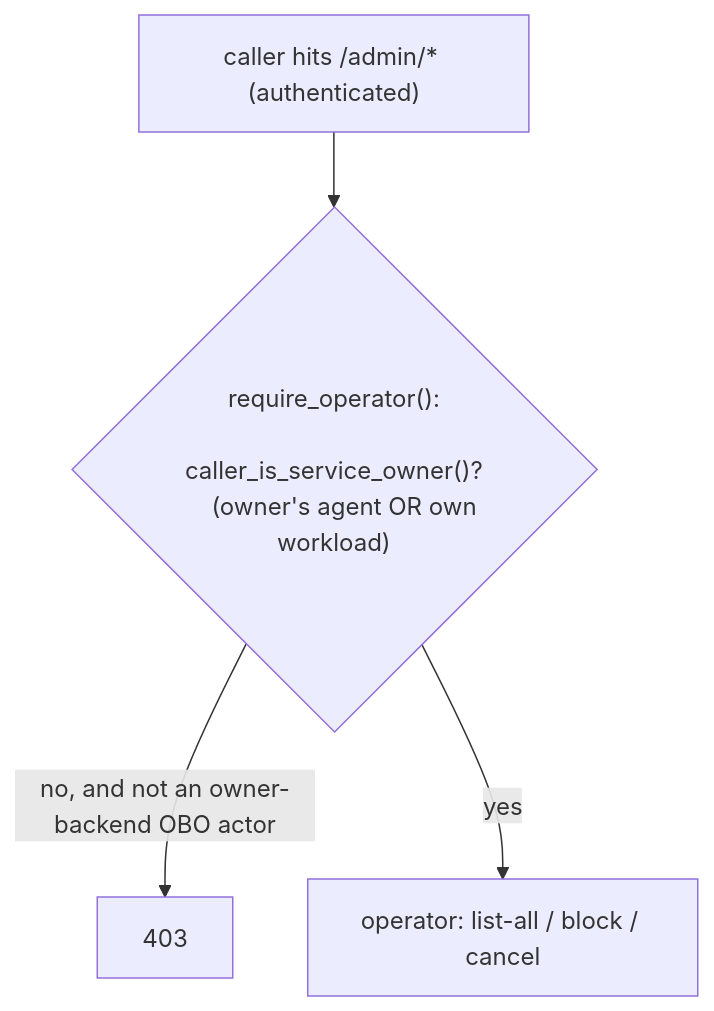
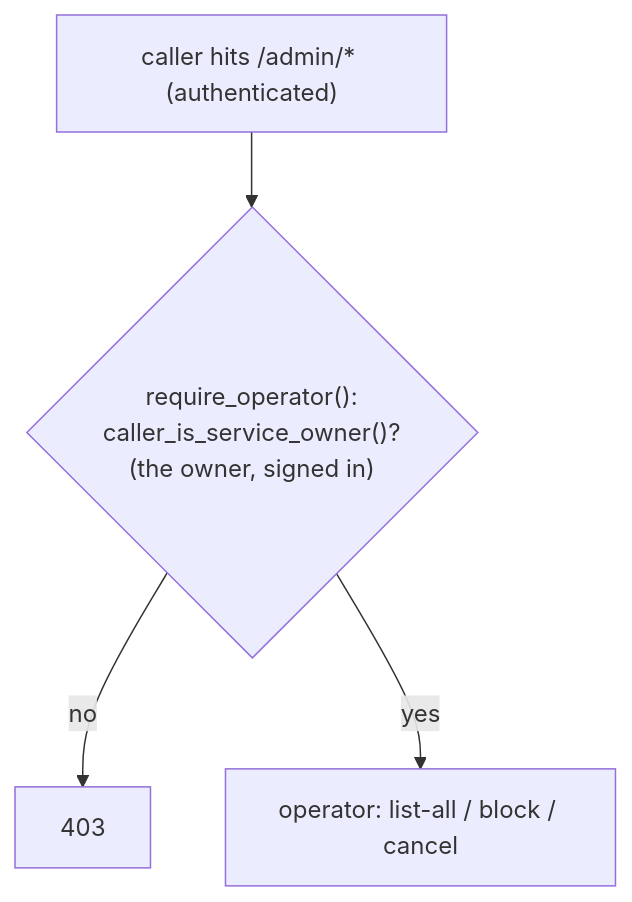
One commit to Boogy-ai/boogy-catalog changed the fifth of 5 diagrams in crates/catalog/resend-base/README.md. Above: the diagram before and after it, drawn with Mermaid. The commit also changed other lines of this file and 13 other files, not shown here.

````diff
--- a/crates/catalog/resend-base/README.md
+++ b/crates/catalog/resend-base/README.md
@@ -314,8 +316,8 @@
 ```mermaid
 flowchart TD
     C["caller hits /admin/* (authenticated)"] --> RO{"require_operator():
     caller_is_service_owner()?
-    (owner's agent OR own workload)"}
-    RO -->|no, and not an owner-backend OBO actor| D2["403"]
+    (the owner, signed in)"}
+    RO -->|no| D2["403"]
     RO -->|yes| OK["operator: list-all / block / cancel"]
 ```
````
